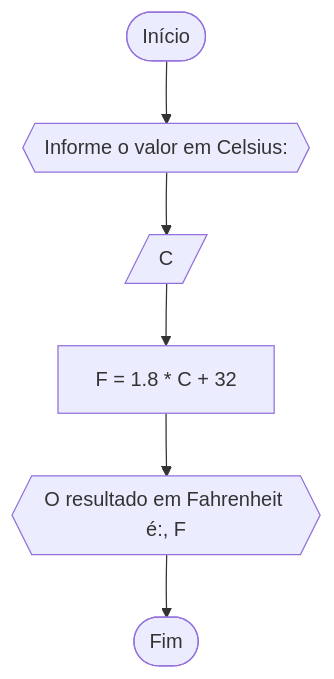
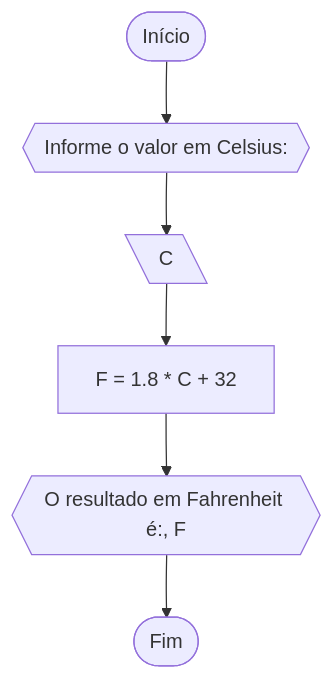
The second of 2 diagrams in RLA/lista_exercicio_2.md (Jandih/Unifor), drawn with Mermaid before and after one commit.

`````diff
--- a/RLA/lista_exercicio_2.md
+++ b/RLA/lista_exercicio_2.md
@@ -30,8 +30,8 @@
 ````mermaid
 flowchart TD
 A([Início]) --> B{{Informe o valor em Celsius:}}
-B --> C[/C/]
+B --> C[\C\]
 C --> D[F = 1.8 * C + 32]
 D --> E{{O resultado em Fahrenheit é:, F}}
 E --> F([Fim])
 ````
`````
